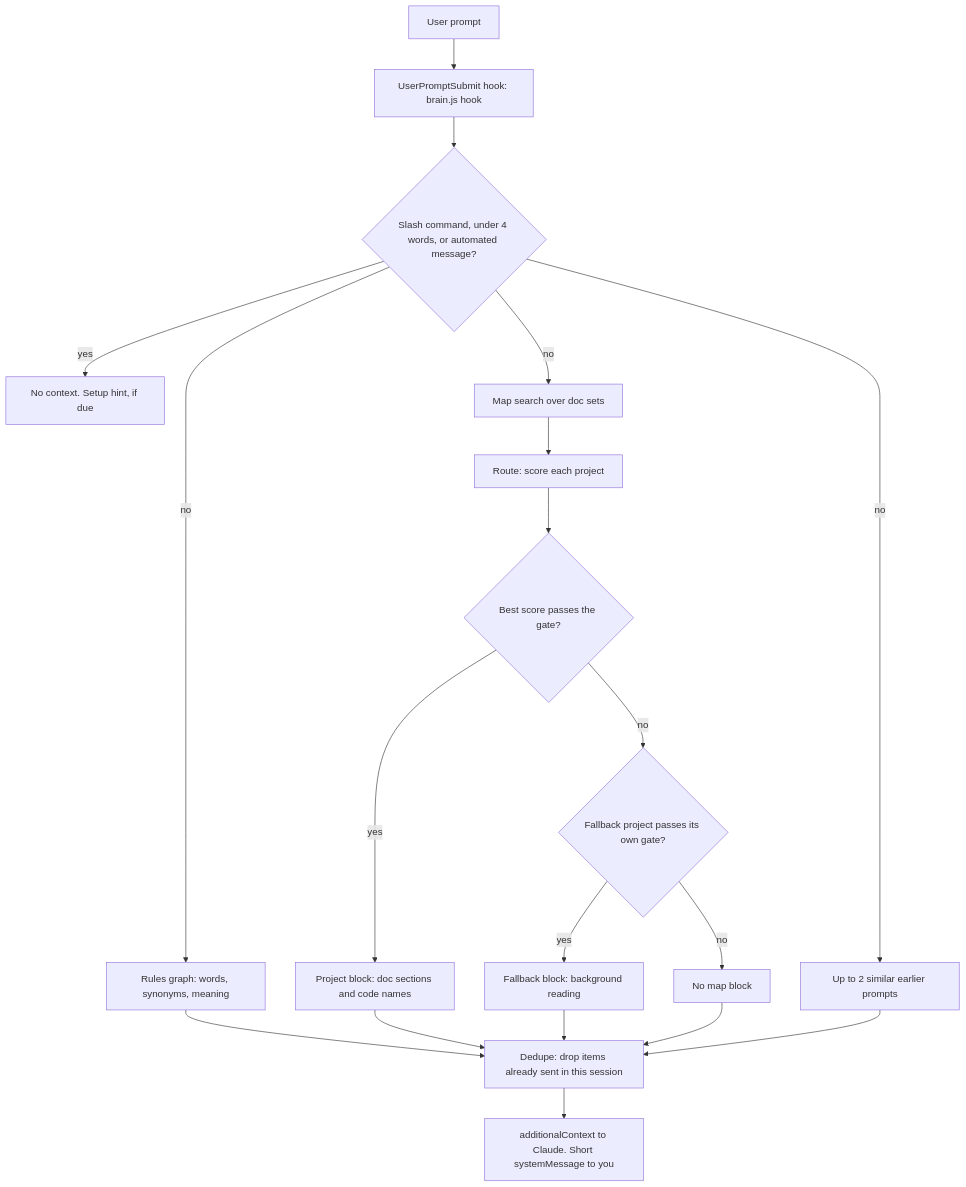
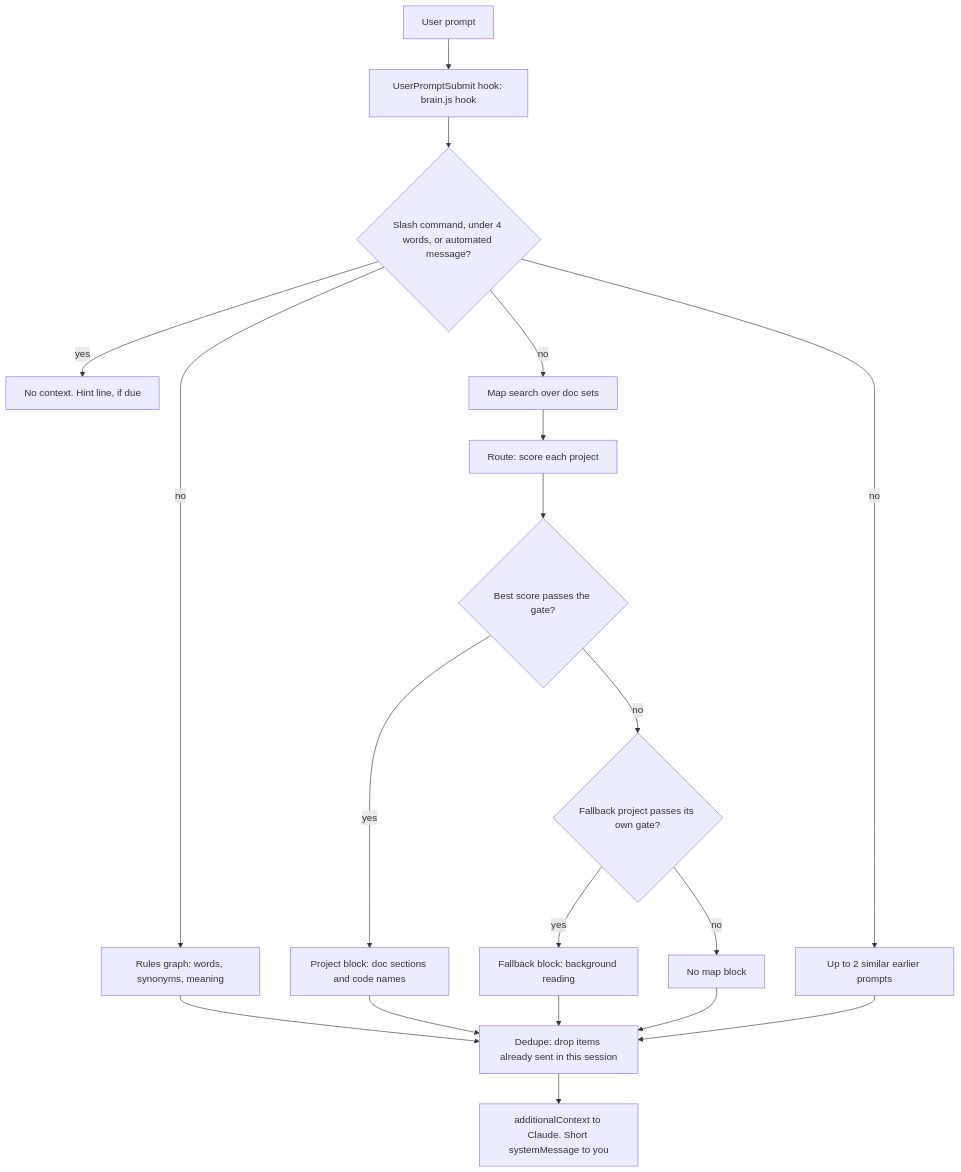
Before and after one commit to ThanhNVan/gabriel-plugin: the first of 2 diagrams in docs/ARCHITECTURE.md, drawn with Mermaid. The commit also changed other lines of this file and 19 other files, not shown here.

````diff
--- a/docs/ARCHITECTURE.md
+++ b/docs/ARCHITECTURE.md
@@ -18,21 +18,21 @@
 ```mermaid
 flowchart TD
   P["User prompt"] --> H["UserPromptSubmit hook: brain.js hook"]
   H --> S{"Slash command, under 4 words, or automated message?"}
-  S -- "yes" --> N["No context. Setup hint, if due"]
+  S -- "yes" --> N["No context. Hint line, if due"]
   S -- "no" --> R["Rules graph: words, synonyms, meaning"]
   S -- "no" --> M["Map search over doc sets"]
   M --> RT["Route: score each project"]
   RT --> GT{"Best score passes the gate?"}
   GT -- "yes" --> PB["Project block: doc sections and code names"]
   GT -- "no" --> FB{"Fallback project passes its own gate?"}
   FB -- "yes" --> FBB["Fallback block: background reading"]
   FB -- "no" --> NB["No map block"]
   S -- "no" --> HI["Up to 2 similar earlier prompts"]
   R --> DD["Dedupe: drop items already sent in this session"]
   PB --> DD
   FBB --> DD
   NB --> DD
   HI --> DD
   DD --> OUT["additionalContext to Claude. Short systemMessage to you"]
 ```
````
